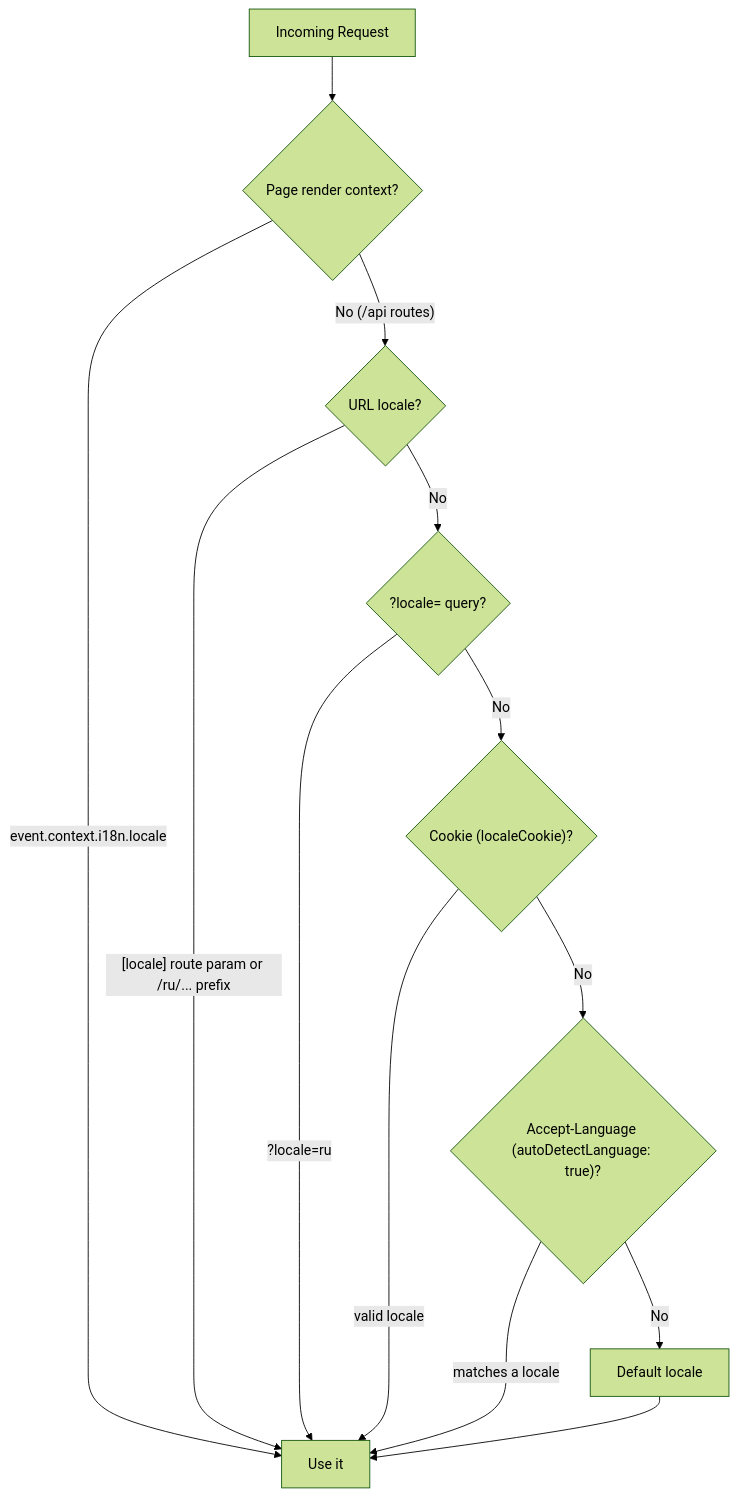
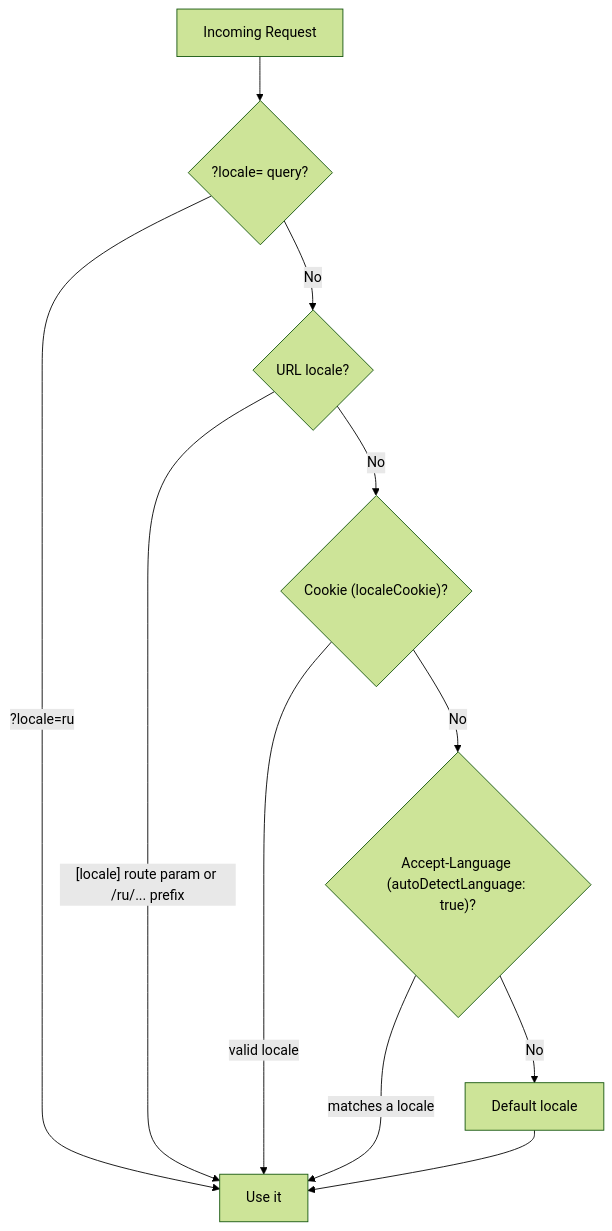
One commit to s00d/nuxt-i18n-micro changed the diagram in docs/guide/server-side-translations.md. Above: the diagram before and after it, drawn with Mermaid (forest theme). The commit also changed other lines of this file and 8 other files, not shown here.

````diff
--- a/docs/guide/server-side-translations.md
+++ b/docs/guide/server-side-translations.md
@@ -157,15 +157,13 @@
 ```mermaid
 flowchart TB
-    A[Incoming Request] --> P{Page render context?}
-    P -->|"event.context.i18n.locale"| Z[Use it]
-    P -->|"No (/api routes)"| B{URL locale?}
+    A[Incoming Request] --> C{"?locale= query?"}
+    C -->|"?locale=ru"| Z[Use it]
+    C -->|No| B{URL locale?}
     B -->|"[locale] route param or /ru/... prefix"| Z
-    B -->|No| C{"?locale= query?"}
-    C -->|"?locale=ru"| Z
-    C -->|No| D{"Cookie (localeCookie)?"}
+    B -->|No| D{"Cookie (localeCookie)?"}
     D -->|"valid locale"| Z
     D -->|No| E{"Accept-Language (autoDetectLanguage: true)?"}
     E -->|"matches a locale"| Z
     E -->|No| G[Default locale]
     G --> Z
 ```
````
